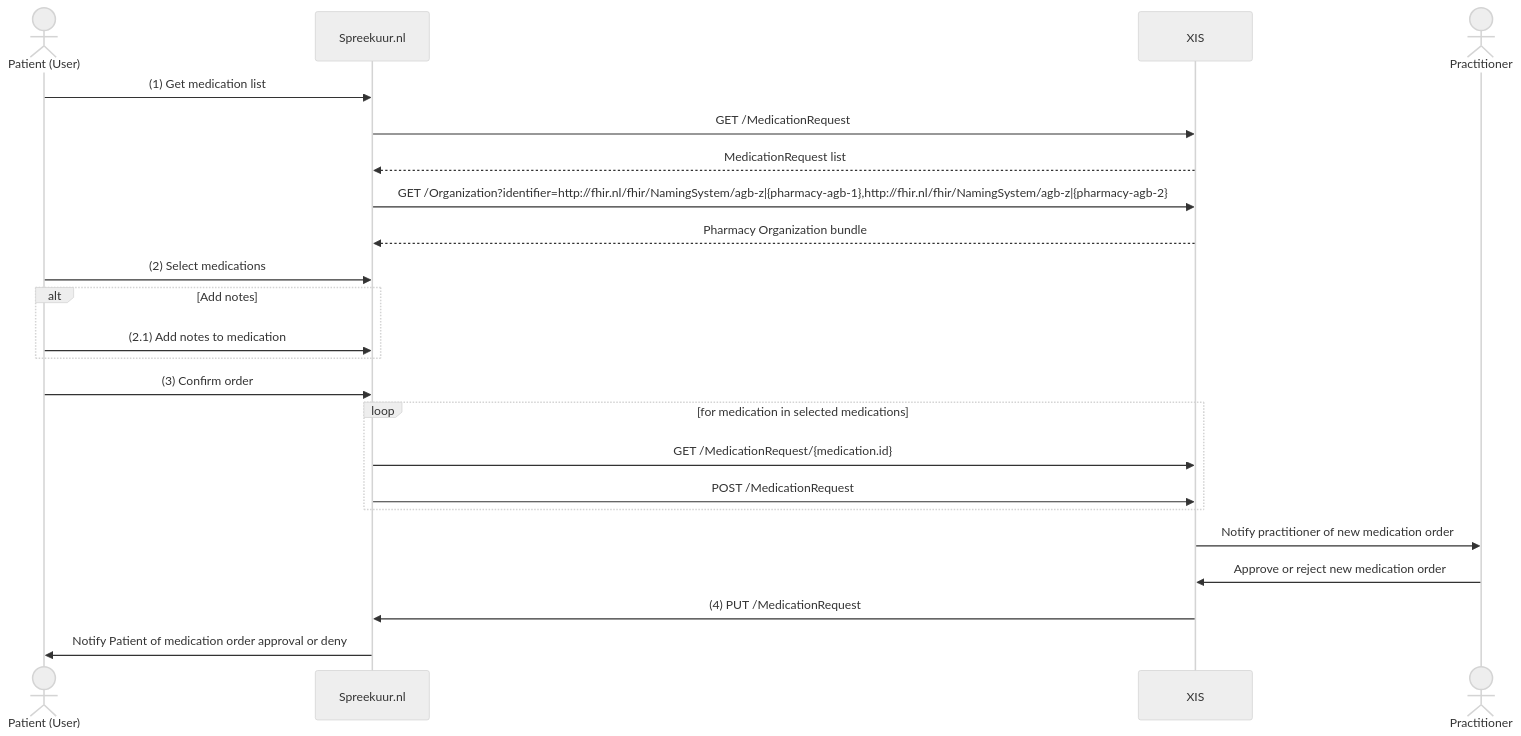
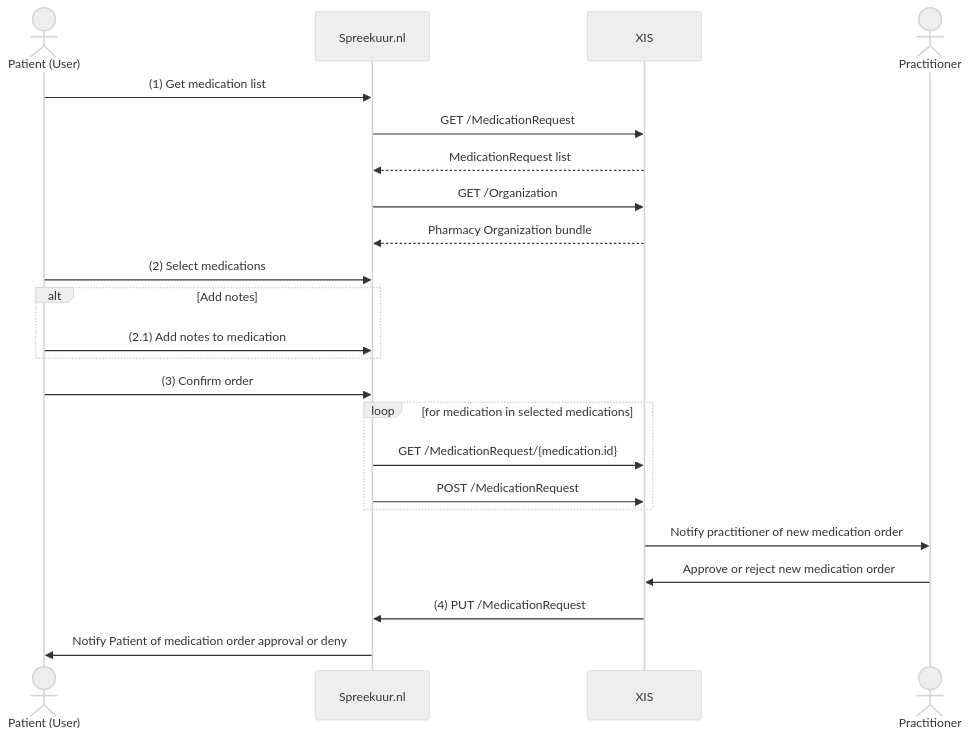
One commit to topicushealthcare/spreekuur-docs changed the first of 2 diagrams in docs/features/medication/medications.md. Above: the diagram before and after it, drawn with Mermaid (neutral theme). The commit also changed 5 other files, not shown here.

````diff
--- a/docs/features/medication/medications.md
+++ b/docs/features/medication/medications.md
@@ -26,26 +26,26 @@
 ```mermaid
 sequenceDiagram
     actor Patient (User)
     participant Spreekuur.nl
     participant XIS
     actor Practitioner
     
     Patient (User)->>Spreekuur.nl: (1) Get medication list
     Spreekuur.nl->>XIS: GET /MedicationRequest
     XIS-->>Spreekuur.nl: MedicationRequest list
-    Spreekuur.nl->>XIS: GET /Organization?identifier=http://fhir.nl/fhir/NamingSystem/agb-z|{pharmacy-agb-1},http://fhir.nl/fhir/NamingSystem/agb-z|{pharmacy-agb-2}
+    Spreekuur.nl->>XIS: GET /Organization
     XIS-->>Spreekuur.nl: Pharmacy Organization bundle
     Patient (User)->>Spreekuur.nl: (2) Select medications
     alt Add notes
         Patient (User)->>Spreekuur.nl: (2.1) Add notes to medication
     end
     Patient (User)->>Spreekuur.nl: (3) Confirm order
     loop for medication in selected medications
         Spreekuur.nl->>XIS: GET /MedicationRequest/{medication.id}
         Spreekuur.nl->>XIS: POST /MedicationRequest
     end
     XIS->>Practitioner: Notify practitioner of new medication order
     Practitioner->>XIS: Approve or reject new medication order
     XIS->>Spreekuur.nl: (4) PUT /MedicationRequest
     Spreekuur.nl->>Patient (User): Notify Patient of medication order approval or deny 
 ```
````
